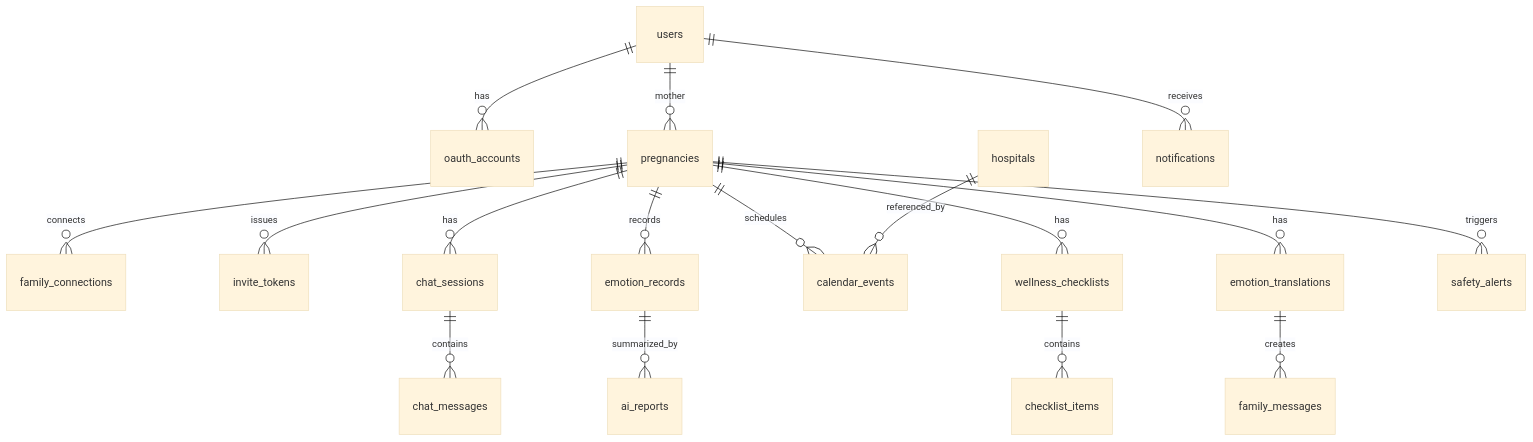
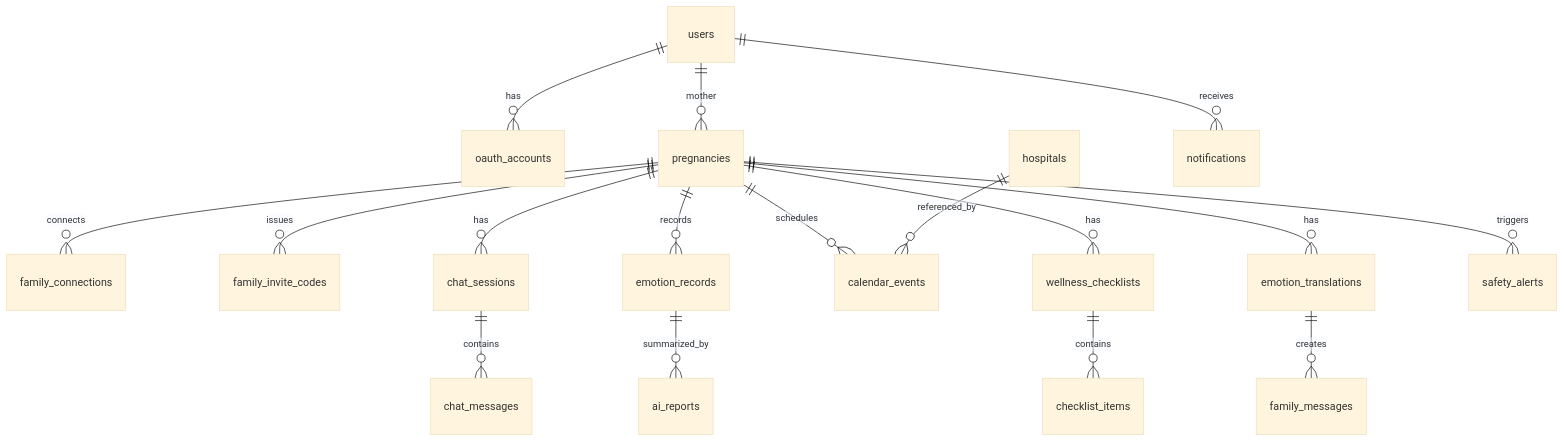
Before and after one commit to 2026-AI-Agent-digital-competition/onmom-backend: the diagram in docs/onmom_db_design.md, drawn with Mermaid (base theme). The commit also changed other lines of this file and 3 other files, not shown here.

````diff
--- a/docs/onmom_db_design.md
+++ b/docs/onmom_db_design.md
@@ -40,19 +40,19 @@
 ```mermaid
 erDiagram
   users ||--o{ oauth_accounts : has
   users ||--o{ pregnancies : mother
   pregnancies ||--o{ family_connections : connects
-  pregnancies ||--o{ invite_tokens : issues
+  pregnancies ||--o{ family_invite_codes : issues
   pregnancies ||--o{ chat_sessions : has
   chat_sessions ||--o{ chat_messages : contains
   pregnancies ||--o{ emotion_records : records
   emotion_records ||--o{ ai_reports : summarized_by
   pregnancies ||--o{ calendar_events : schedules
   hospitals ||--o{ calendar_events : referenced_by
   pregnancies ||--o{ wellness_checklists : has
   wellness_checklists ||--o{ checklist_items : contains
   pregnancies ||--o{ emotion_translations : has
   emotion_translations ||--o{ family_messages : creates
   pregnancies ||--o{ safety_alerts : triggers
   users ||--o{ notifications : receives
 ```
````
